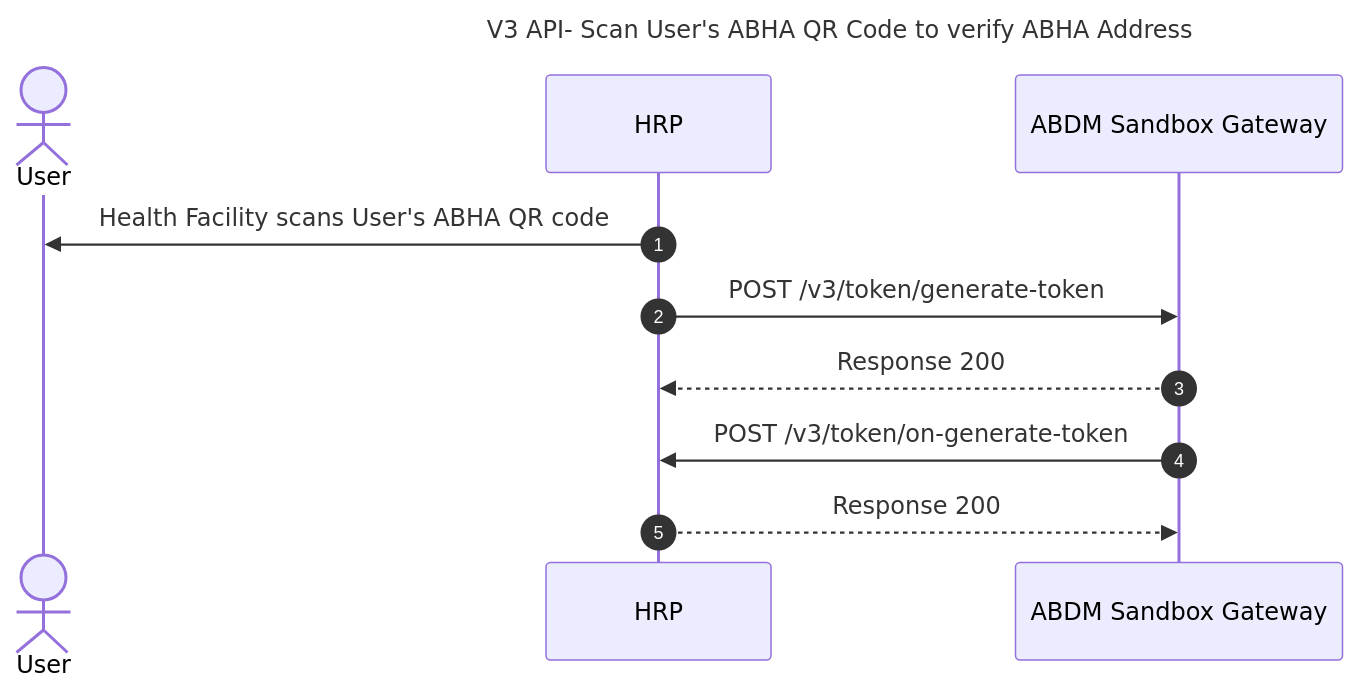
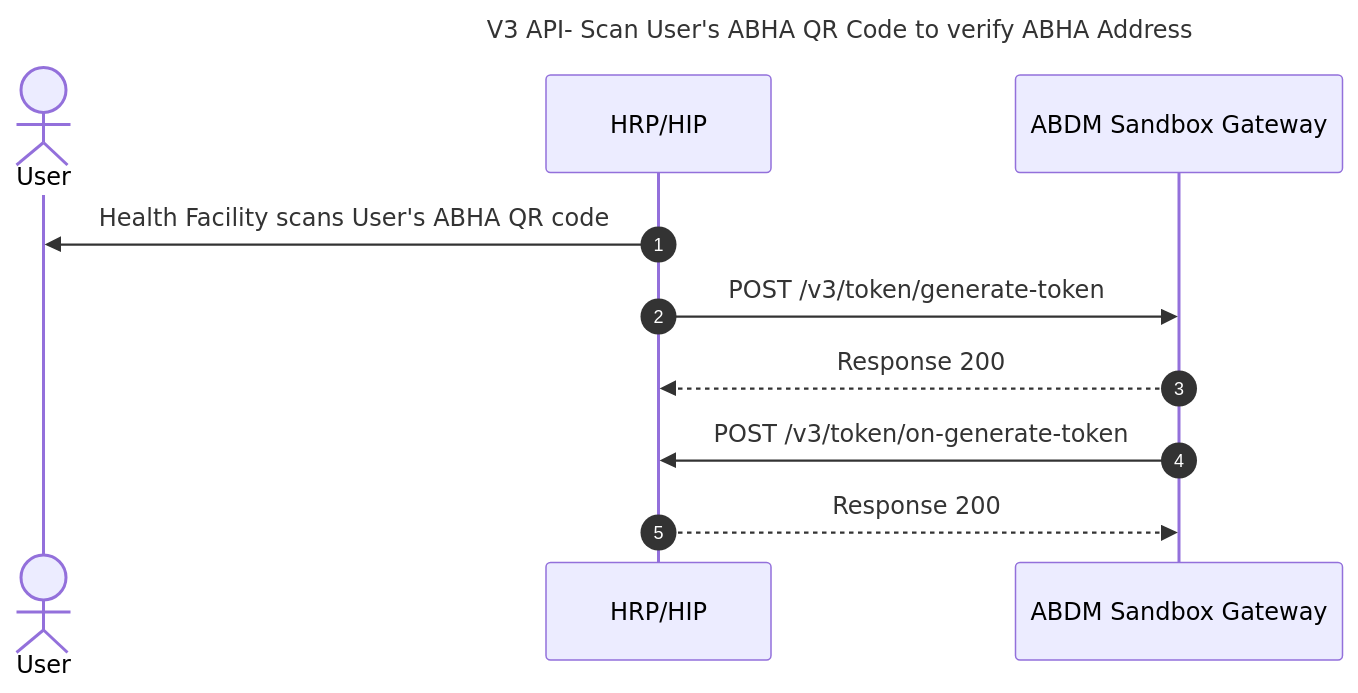
Before and after one commit to kiranma72/abdm-docs: the second of 2 diagrams in content/2-milestone1/verify-abha-address/user-abha-qr-scan.md, drawn with Mermaid. The commit also changed other lines of this file and 1 other file, not shown here.

```diff
--- a/content/2-milestone1/verify-abha-address/user-abha-qr-scan.md
+++ b/content/2-milestone1/verify-abha-address/user-abha-qr-scan.md
@@ -141,11 +141,11 @@
 {{< mermaid >}}
 %%{init:{"fontSize": "1.0rem", "sequence":{"showSequenceNumbers":true}}}%%
 sequenceDiagram
 title V3 API- Scan User's ABHA QR Code to verify ABHA Address
 actor User
-HRP->>User:Health Facility scans User's ABHA QR code
-HRP->>ABDM Sandbox Gateway:POST /v3/token/generate-token
-ABDM Sandbox Gateway-->>HRP:Response 200
-ABDM Sandbox Gateway->>HRP:POST /v3/token/on-generate-token
-HRP-->>ABDM Sandbox Gateway:Response 200
+HRP/HIP->>User:Health Facility scans User's ABHA QR code
+HRP/HIP->>ABDM Sandbox Gateway:POST /v3/token/generate-token
+ABDM Sandbox Gateway-->>HRP/HIP:Response 200
+ABDM Sandbox Gateway->>HRP/HIP:POST /v3/token/on-generate-token
+HRP/HIP-->>ABDM Sandbox Gateway:Response 200
 {{< /mermaid >}}
```
